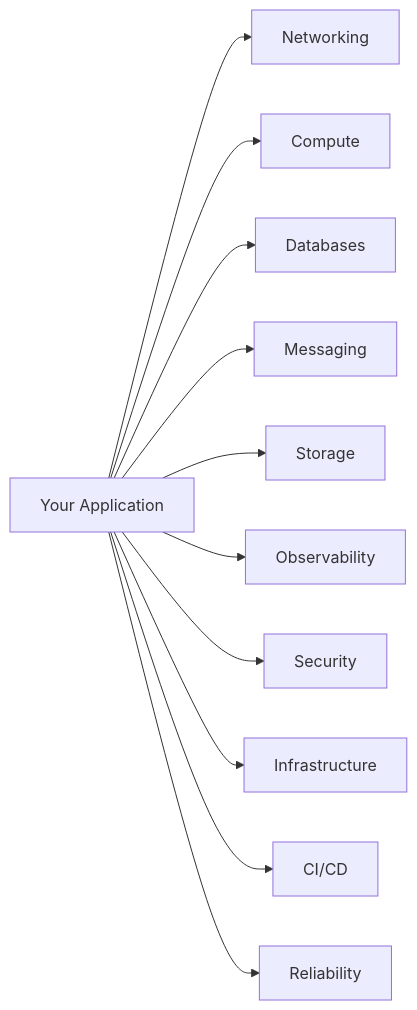
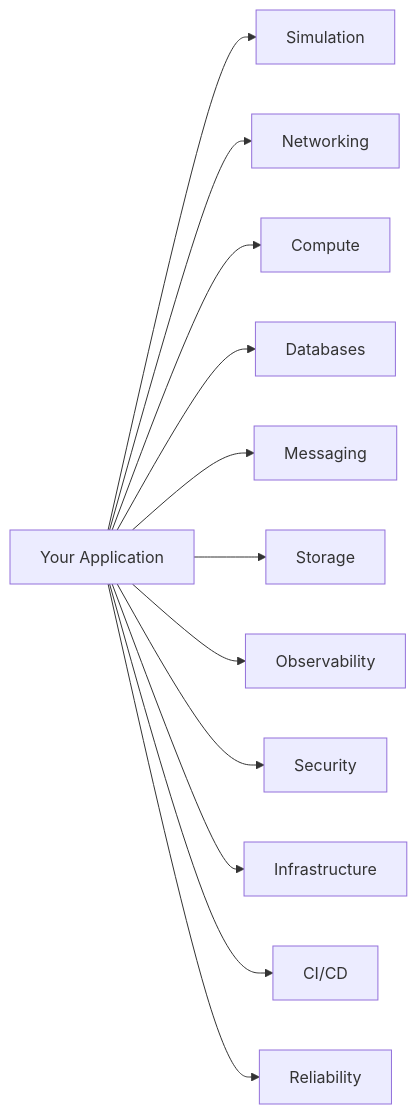
Before and after one commit to samin-al-wasee/production-simulator: the diagram in docs/component-catalog.md, drawn with Mermaid. The commit also changed other lines of this file and 9 other files, not shown here.

Commit message:
[docs] Add Resource Virtualization Engine and Phase 0.5 simulation roadmap

````diff
--- a/docs/component-catalog.md
+++ b/docs/component-catalog.md
@@ -11,14 +11,15 @@
 ```mermaid
 flowchart LR
+    SIM[Simulation]
     NW[Networking]
     CP[Compute]
     DB[Databases]
     MS[Messaging]
     ST[Storage]
     OB[Observability]
     SE[Security]
     IN[Infrastructure]
     CI[CI/CD]
     RE[Reliability]
-    APP[Your Application] --> NW & CP & DB & MS & ST & OB & SE & IN & CI & RE
+    APP[Your Application] --> SIM & NW & CP & DB & MS & ST & OB & SE & IN & CI & RE
 ```
````
